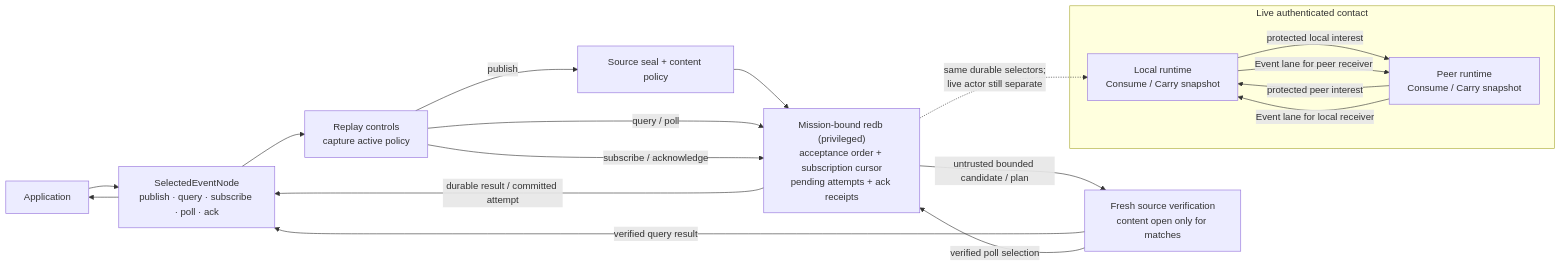
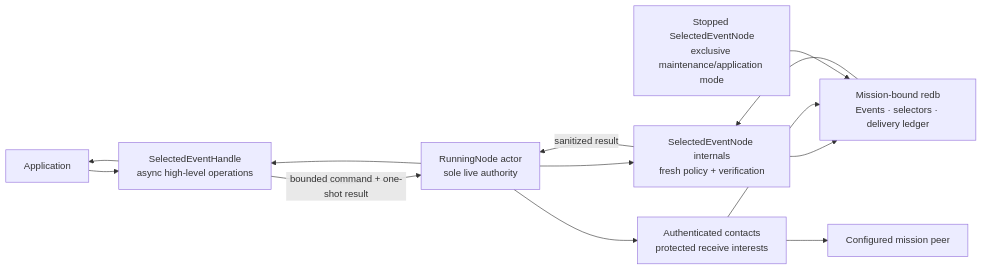
One commit to asirak-astertech/aster changed the second of 2 diagrams in docs/quickstart/selected-event-api.md. Above: the diagram before and after it, drawn with Mermaid. The commit also changed other lines of this file and 18 other files, not shown here.

First line of the commit message:
feat(node): add live selected Event surface (#26)

````diff
--- a/docs/quickstart/selected-event-api.md
+++ b/docs/quickstart/selected-event-api.md
@@ -169,25 +246,13 @@
 ```mermaid
 flowchart LR
-    App["Application"] --> API["SelectedEventNode<br/>publish · query · subscribe · poll · ack"]
-    API --> Policy["Replay controls<br/>capture active policy"]
-    Policy -->|"publish"| Seal["Source seal + content policy"]
-    Seal --> Store["Mission-bound redb (privileged)<br/>acceptance order + subscription cursor<br/>pending attempts + ack receipts"]
-    Policy -->|"query / poll"| Store
-    Store -->|"untrusted bounded candidate / plan"| Verify["Fresh source verification<br/>content open only for matches"]
-    Verify -->|"verified query result"| API
-    Verify -->|"verified poll selection"| Store
-    Policy -->|"subscribe / acknowledge"| Store
-    Store -->|"durable result / committed attempt"| API
-    API --> App
+    App["Application"] --> Handle["SelectedEventHandle<br/>async high-level operations"]
+    Handle -->|"bounded command + one-shot result"| Actor["RunningNode actor<br/>sole live authority"]
+    Actor --> Facade["SelectedEventNode internals<br/>fresh policy + verification"]
+    Facade --> Store["Mission-bound redb<br/>Events · selectors · delivery ledger"]
+    Actor --> Contact["Authenticated contacts<br/>protected receive interests"]
+    Contact --> Peer["Configured mission peer"]
+    Contact --> Store
+    Store --> Facade -->|"sanitized result"| Actor --> Handle --> App
 
-    subgraph Contact["Live authenticated contact"]
-        Local["Local runtime<br/>Consume / Carry snapshot"]
-        Remote["Peer runtime<br/>Consume / Carry snapshot"]
-        Local -->|"protected local interest"| Remote
-        Remote -->|"protected peer interest"| Local
-        Local -->|"Event lane for peer receiver"| Remote
-        Remote -->|"Event lane for local receiver"| Local
-    end
-
-    Store -. "same durable selectors;<br/>live actor still separate" .-> Local
+    Stopped["Stopped SelectedEventNode<br/>exclusive maintenance/application mode"] --> Store
 ```
````
